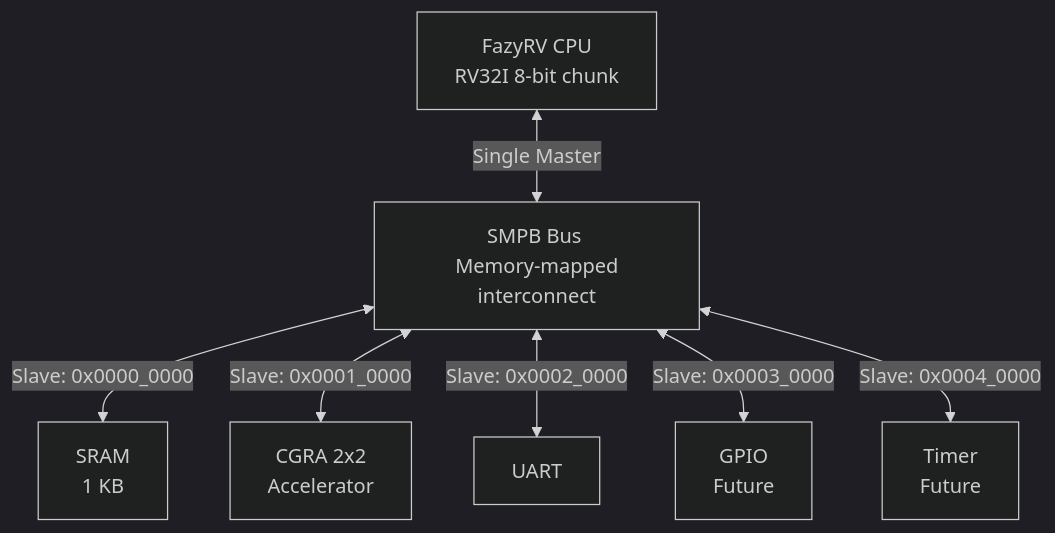
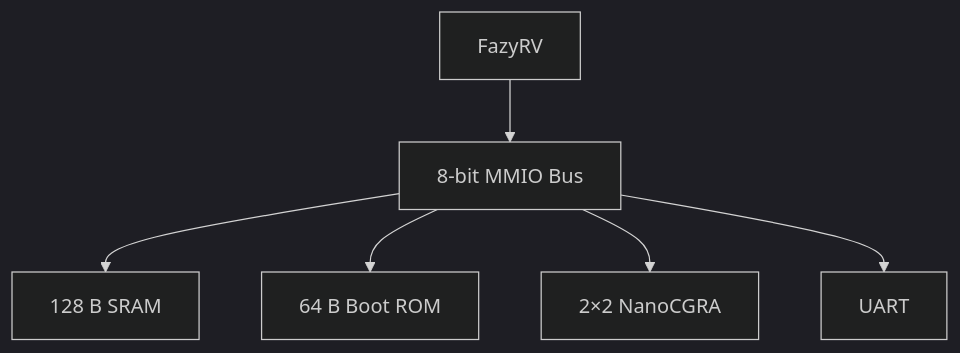
One commit to radhian/Chip-Orchestra changed the third of 6 diagrams in output/NanoCGRA-SoC/README.md. Above: the diagram before and after it, drawn with Mermaid (dark theme). The commit also changed other lines of this file and 156 other files, not shown here.

````diff
--- a/output/NanoCGRA-SoC/README.md
+++ b/output/NanoCGRA-SoC/README.md
@@ -185,17 +55,14 @@
 ```mermaid
-flowchart TD
-    CPU[FazyRV CPU <br/> RV32I 8-bit chunk]
-    Bus[SMPB Bus <br/> Memory-mapped interconnect]
-    SRAM[SRAM <br/> 1 KB]
-    CGRA[CGRA 2x2 <br/> Accelerator]
-    UART[UART]
-    GPIO[GPIO <br/> Future]
-    Timer[Timer <br/> Future]
-    
-    CPU <-->|Single Master| Bus
-    Bus <-->|Slave: 0x0000_0000| SRAM
-    Bus <-->|Slave: 0x0001_0000| CGRA
-    Bus <-->|Slave: 0x0002_0000| UART
-    Bus <-->|Slave: 0x0003_0000| GPIO
-    Bus <-->|Slave: 0x0004_0000| Timer
+flowchart TB
+CPU[FazyRV]
+BUS[8-bit MMIO Bus]
+SRAM[128 B SRAM]
+ROM[64 B Boot ROM]
+CGRA[2×2 NanoCGRA]
+UART[UART]
+CPU-->BUS
+BUS-->SRAM
+BUS-->ROM
+BUS-->CGRA
+BUS-->UART
 ```
````
